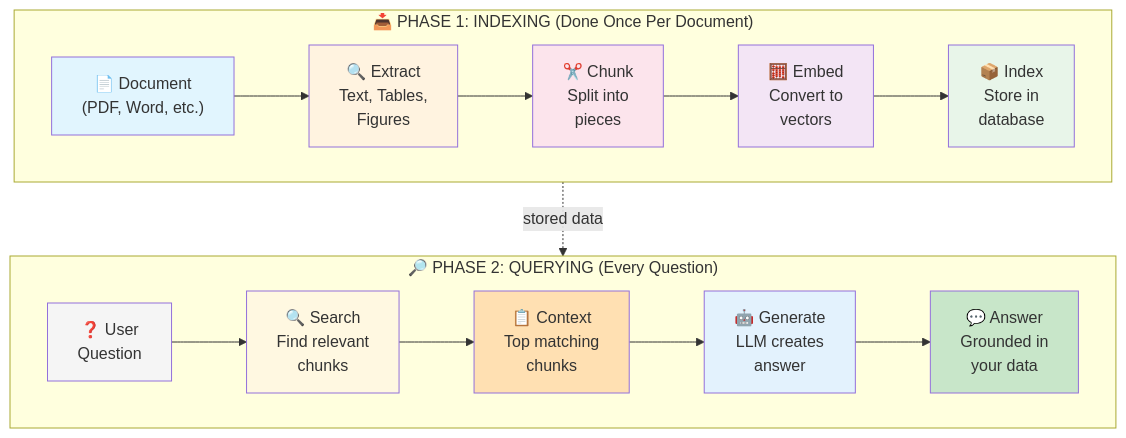
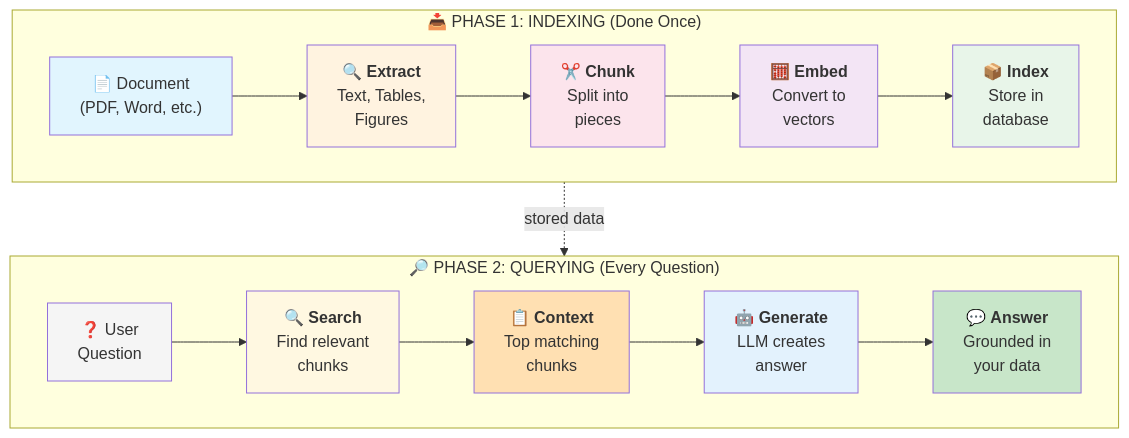
Before and after one commit to roie9876/RAG-WorkShop: the second of 3 diagrams in README.md, drawn with Mermaid. The commit also changed 1 other file, not shown here.

````diff
--- a/README.md
+++ b/README.md
@@ -81,37 +81,37 @@
 ```mermaid
 flowchart TB
-    subgraph PHASE1["📥 PHASE 1: INDEXING (Done Once Per Document)"]
+    subgraph PHASE1["📥 PHASE 1: INDEXING (Done Once)"]
         direction LR
         DOC["📄 Document<br/>(PDF, Word, etc.)"]
-        EXTRACT["🔍 Extract<br/>Text, Tables,<br/>Figures"]
-        CHUNK["✂️ Chunk<br/>Split into<br/>pieces"]
-        EMBED["🧮 Embed<br/>Convert to<br/>vectors"]
-        INDEX["📦 Index<br/>Store in<br/>database"]
+        EXTRACT["🔍 <b>Extract</b><br/>Text, Tables,<br/>Figures"]
+        CHUNK["✂️ <b>Chunk</b><br/>Split into<br/>pieces"]
+        EMBED["🧮 <b>Embed</b><br/>Convert to<br/>vectors"]
+        INDEX["📦 <b>Index</b><br/>Store in<br/>database"]
         
         DOC --> EXTRACT --> CHUNK --> EMBED --> INDEX
     end
     
     subgraph PHASE2["🔎 PHASE 2: QUERYING (Every Question)"]
         direction LR
         QUESTION["❓ User<br/>Question"]
-        SEARCH["🔍 Search<br/>Find relevant<br/>chunks"]
-        CONTEXT["📋 Context<br/>Top matching<br/>chunks"]
-        GENERATE["🤖 Generate<br/>LLM creates<br/>answer"]
-        ANSWER["💬 Answer<br/>Grounded in<br/>your data"]
+        SEARCH["🔍 <b>Search</b><br/>Find relevant<br/>chunks"]
+        CONTEXT["📋 <b>Context</b><br/>Top matching<br/>chunks"]
+        GENERATE["🤖 <b>Generate</b><br/>LLM creates<br/>answer"]
+        ANSWER["💬 <b>Answer</b><br/>Grounded in<br/>your data"]
         
         QUESTION --> SEARCH --> CONTEXT --> GENERATE --> ANSWER
     end
     
     INDEX -.->|"stored data"| SEARCH
     
     style DOC fill:#e1f5fe
     style EXTRACT fill:#fff3e0
     style CHUNK fill:#fce4ec
     style EMBED fill:#f3e5f5
     style INDEX fill:#e8f5e9
     style QUESTION fill:#f5f5f5
     style SEARCH fill:#fff8e1
     style CONTEXT fill:#ffe0b2
     style GENERATE fill:#e3f2fd
     style ANSWER fill:#c8e6c9
 ```
````
